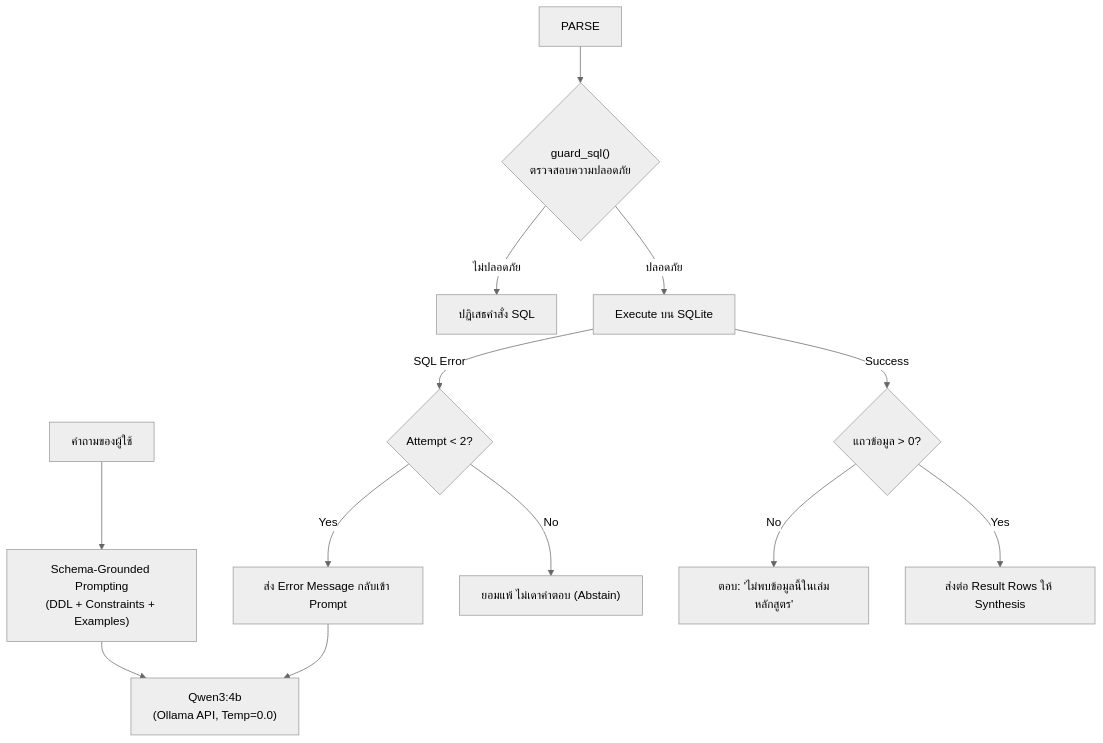
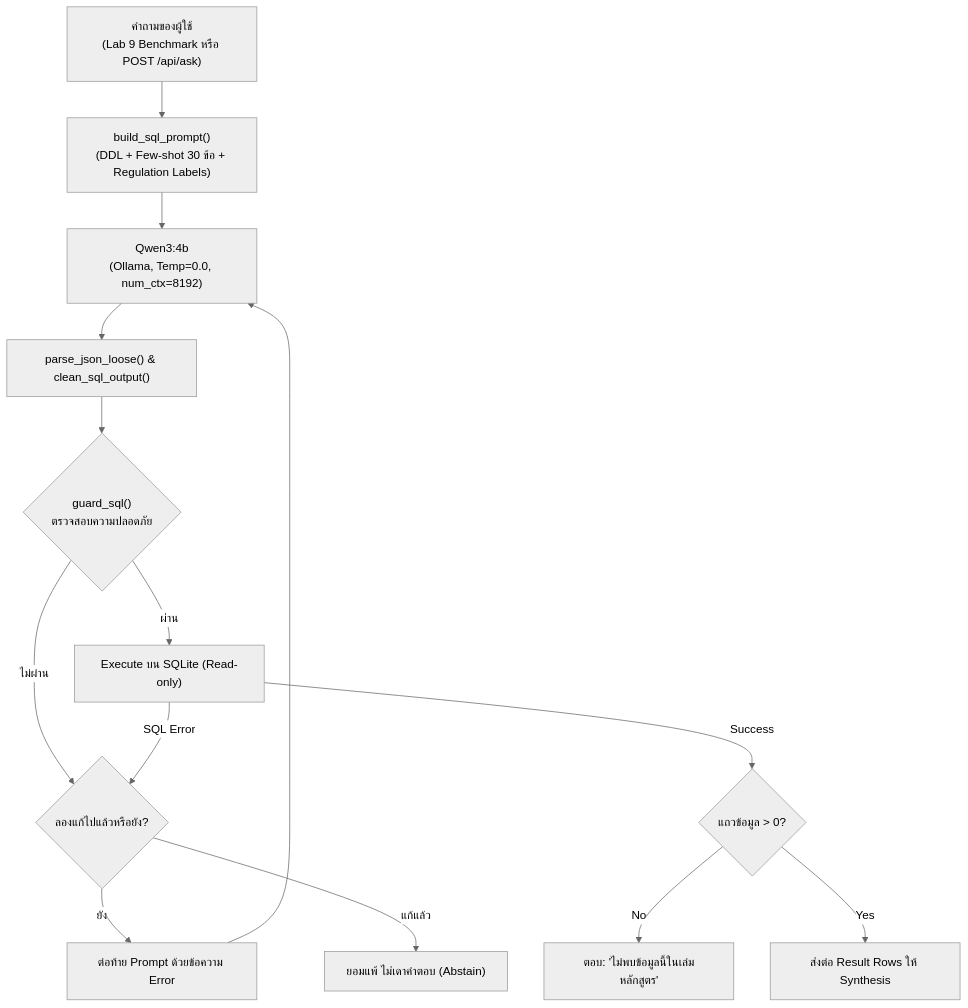
One commit to dewy-cloud/isd-2026-luksuitpiti-10 changed the fourth of 7 diagrams in sysdoc.md. Above: the diagram before and after it, drawn with Mermaid (neutral theme). The commit also changed other lines of this file and 6 other files, not shown here.

First line of the commit message:
docs: align NL2SQL docs with the shared prompt, new metrics and citation flow

````diff
--- a/sysdoc.md
+++ b/sysdoc.md
@@ -314,14 +318,15 @@
 ```mermaid
 flowchart TD
-    Q["คำถามของผู้ใช้"] --> INJECT["Schema-Grounded Prompting<br/>(DDL + Constraints + Examples)"]
-    INJECT --> LLM["Qwen3:4b<br/>(Ollama API, Temp=0.0)"]
+    Q["คำถามของผู้ใช้<br/>(Lab 9 Benchmark หรือ POST /api/ask)"] --> INJECT["build_sql_prompt()<br/>(DDL + Few-shot 30 ข้อ + Regulation Labels)"]
+    INJECT --> LLM["Qwen3:4b<br/>(Ollama, Temp=0.0, num_ctx=8192)"]
+    LLM --> PARSE["parse_json_loose() & clean_sql_output()"]
     PARSE --> GUARD{"guard_sql()<br/>ตรวจสอบความปลอดภัย"}
-    GUARD -- "ไม่ปลอดภัย" --> REJECT["ปฏิเสธคำสั่ง SQL"]
-    GUARD -- "ปลอดภัย" --> RUN["Execute บน SQLite"]
-    RUN -- "SQL Error" --> RETRY{"Attempt < 2?"}
-    RETRY -- Yes --> FEEDBACK["ส่ง Error Message กลับเข้า Prompt"] --> LLM
-    RETRY -- No --> FAIL["ยอมแพ้ ไม่เดาคำตอบ (Abstain)"]
+    GUARD -- "ไม่ผ่าน" --> RETRY{"ลองแก้ไปแล้วหรือยัง?"}
+    GUARD -- "ผ่าน" --> RUN["Execute บน SQLite (Read-only)"]
+    RUN -- "SQL Error" --> RETRY
+    RETRY -- "ยัง" --> FEEDBACK["ต่อท้าย Prompt ด้วยข้อความ Error"] --> LLM
+    RETRY -- "แก้แล้ว" --> FAIL["ยอมแพ้ ไม่เดาคำตอบ (Abstain)"]
     RUN -- "Success" --> ROWS{"แถวข้อมูล > 0?"}
     ROWS -- No --> NO_DATA["ตอบ: 'ไม่พบข้อมูลนี้ในเล่มหลักสูตร'"]
     ROWS -- Yes --> PASS_ROWS["ส่งต่อ Result Rows ให้ Synthesis"]
 ```
````
